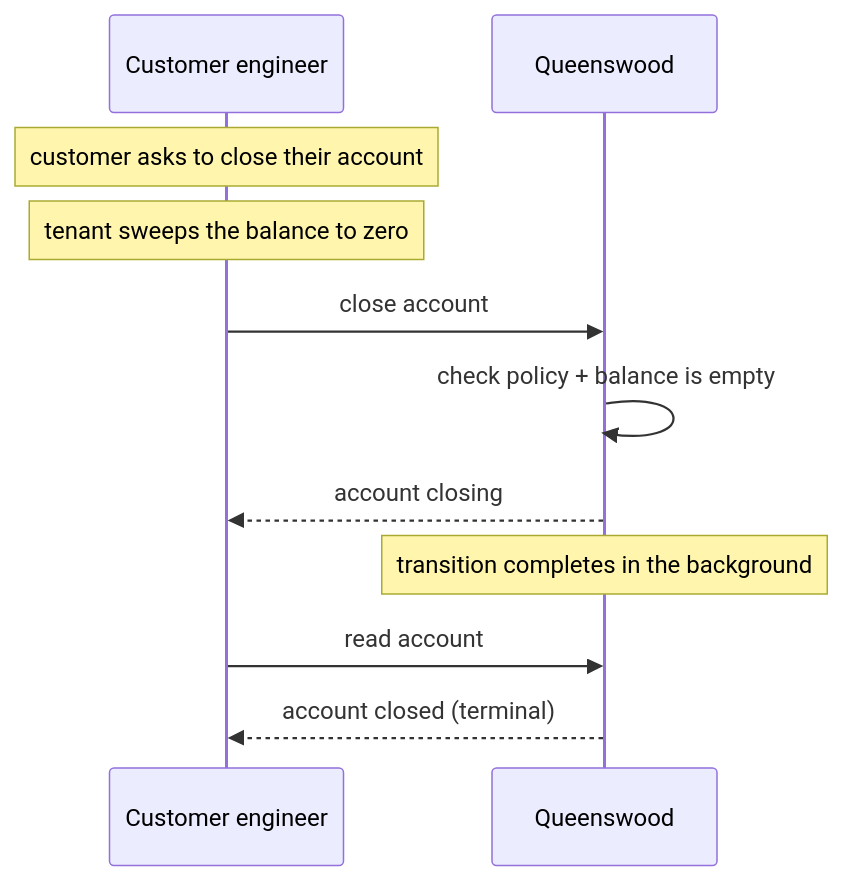
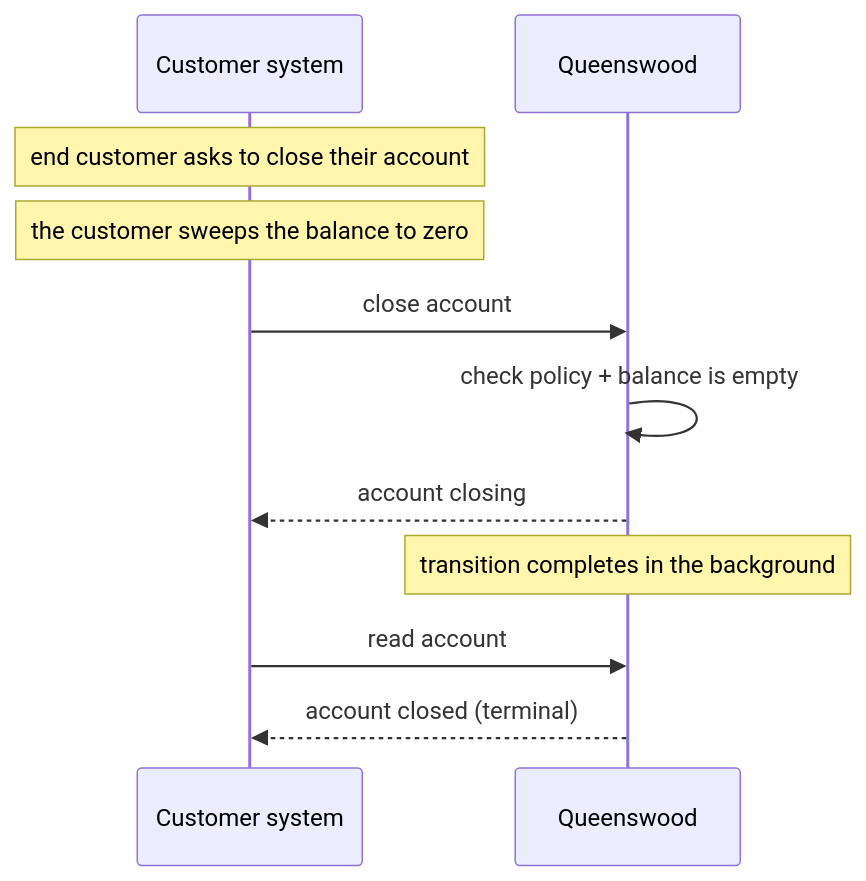
Before and after one commit to repldriven/queenswood: the third of 3 diagrams in docs/prd/cash-accounts.md, drawn with Mermaid. The commit also changed other lines of this file and 32 other files, not shown here.

````diff
--- a/docs/prd/cash-accounts.md
+++ b/docs/prd/cash-accounts.md
@@ -306,14 +306,14 @@
 ```mermaid
 sequenceDiagram
-    participant T as Customer engineer
+    participant T as Customer system
     participant Q as Queenswood
 
-    Note over T: customer asks to close their account
-    Note over T: tenant sweeps the balance to zero
+    Note over T: end customer asks to close their account
+    Note over T: the customer sweeps the balance to zero
     T->>Q: close account
     Q->>Q: check policy + balance is empty
     Q-->>T: account closing
     Note over Q: transition completes in the background
     T->>Q: read account
     Q-->>T: account closed (terminal)
 ```
````
